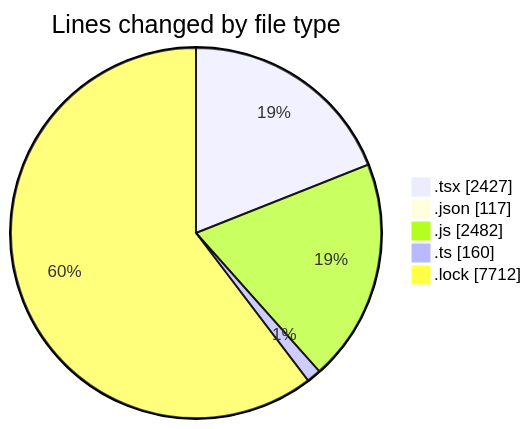
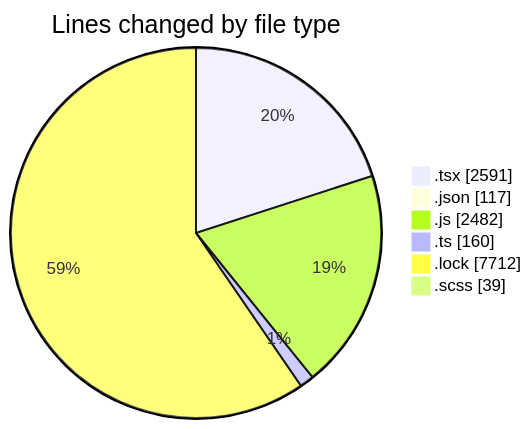
One commit to momahboobian/code-tracking changed the first of 2 diagrams in 2025-04-28/cda/README.md. Above: the diagram before and after it, drawn with Mermaid. The commit also changed other lines of this file and 1 other file, not shown here.

````diff
--- a/2025-04-28/cda/README.md
+++ b/2025-04-28/cda/README.md
@@ -39,9 +40,10 @@
 ```mermaid
 pie showData
 title Lines changed by file type
-".tsx" : 2427
+".tsx" : 2591
 ".json" : 117
 ".js" : 2482
 ".ts" : 160
 ".lock" : 7712
+".scss" : 39
 ```
````
